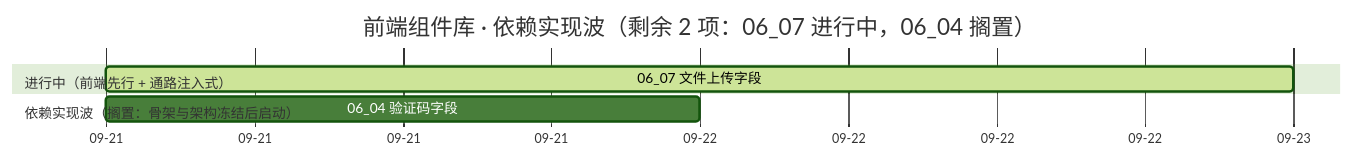
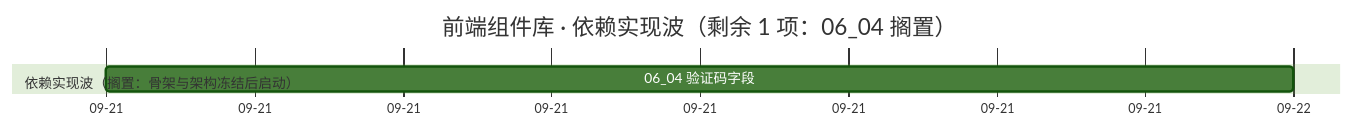
One commit to minjian123/basic-management-system changed the diagram in bms文档/项目/04_前端组件库/计划/01_计划_前端组件库.md. Above: the diagram before and after it, drawn with Mermaid (forest theme). The commit also changed other lines of this file and 15 other files, not shown here.

````diff
--- a/bms文档/项目/04_前端组件库/计划/01_计划_前端组件库.md
+++ b/bms文档/项目/04_前端组件库/计划/01_计划_前端组件库.md
@@ -79,11 +79,9 @@
 ```mermaid
 gantt
-    title 前端组件库 · 依赖实现波（剩余 2 项：06_07 进行中，06_04 搁置）
+    title 前端组件库 · 依赖实现波（剩余 1 项：06_04 搁置）
     dateFormat  YYYY-MM-DD
     axisFormat %m-%d
-    %% 已完成任务不入甘特：域 02 / 03 / 04 / 05 / 10 与域 06（06_01 ~ 06_03 / 06_05）、域 07（全部）、域 08（08_01 ~ 08_10）均已完成
-    section 进行中（前端先行 + 通路注入式）
-    06_07 文件上传字段 :active, c0607, 2026-09-21, 2d
+    %% 已完成任务不入甘特：域 02 / 03 / 04 / 05 / 10 与域 06（06_01 ~ 06_03 / 06_05 ~ 06_07）、域 07（全部）、域 08（08_01 ~ 08_10）均已完成
     section 依赖实现波（搁置：骨架与架构冻结后启动）
     06_04 验证码字段 :c0604, 2026-09-21, 1d
 ```
````
